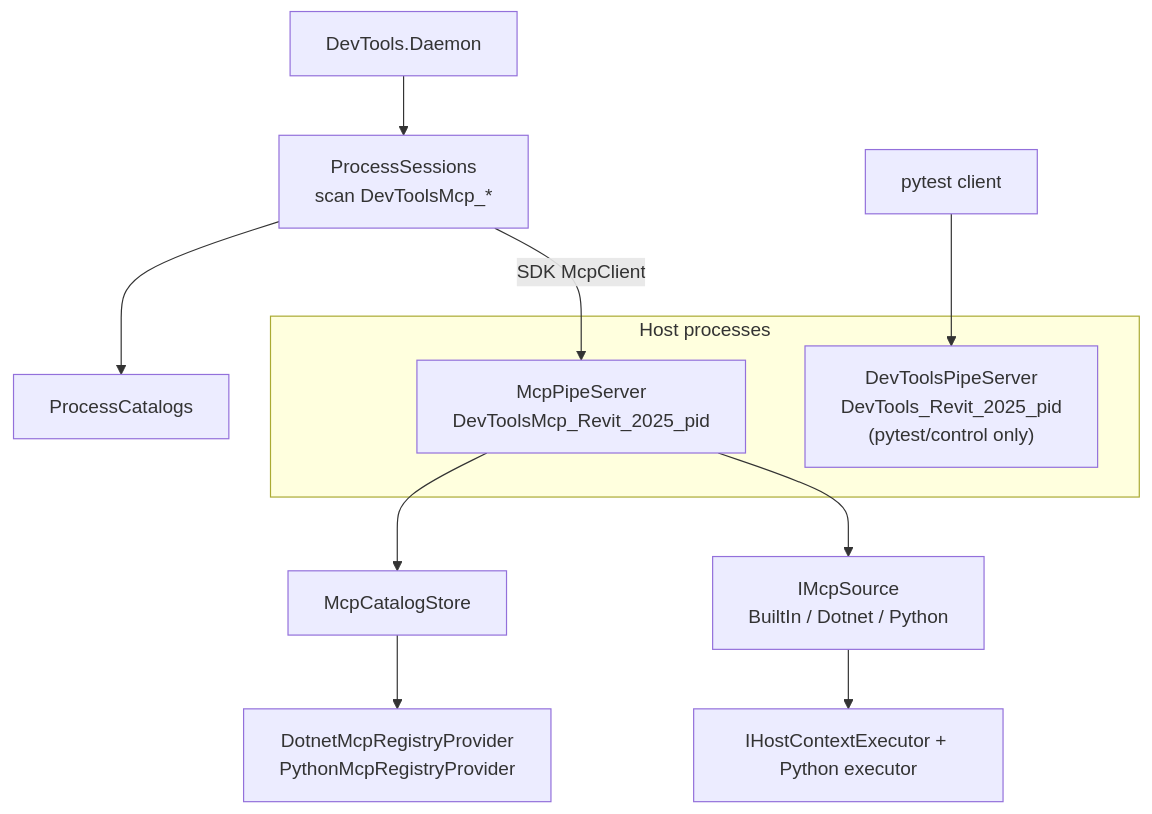
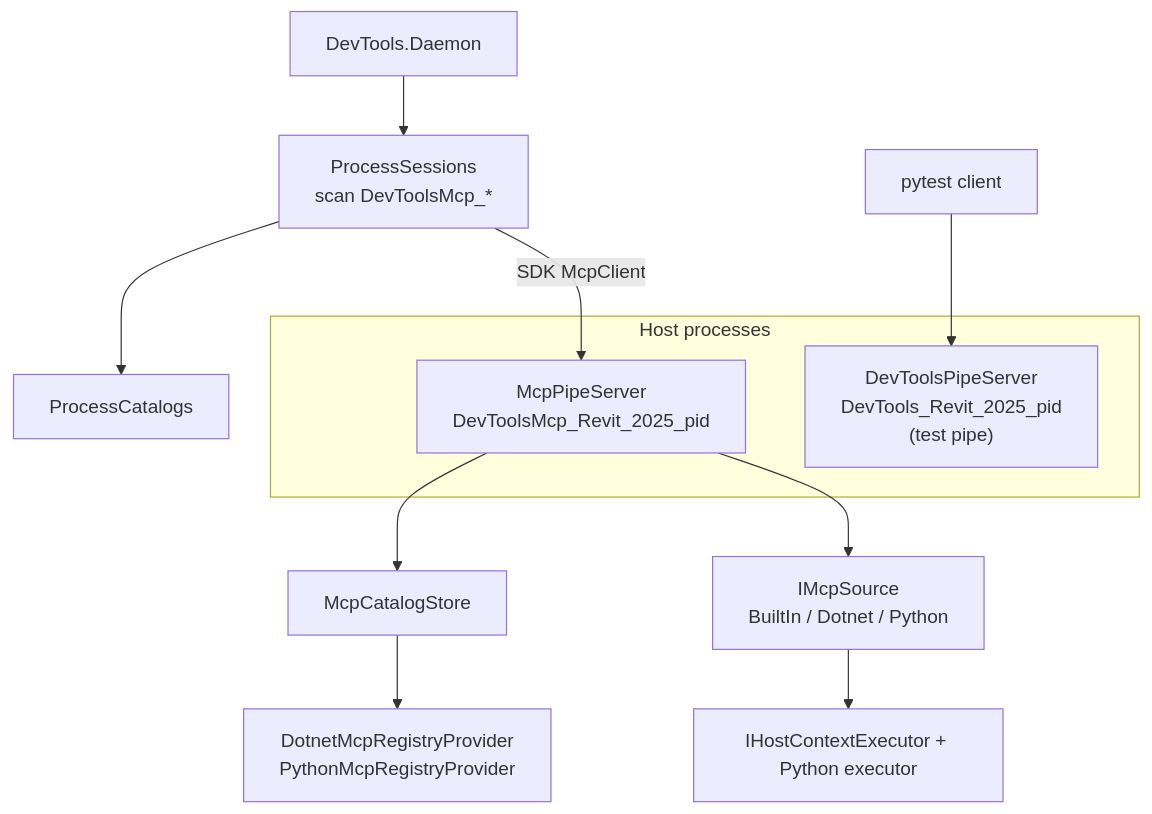
The first of 2 diagrams in docs/architecture/MCP/in-host-runtime.md (trgiangv/RevitDevTool), drawn with Mermaid before and after one commit. The commit also changed other lines of this file and 30 other files, not shown here.

First line of the commit message:
update(ipc): share pipe setup and send only control/sign_in

````diff
--- a/docs/architecture/MCP/in-host-runtime.md
+++ b/docs/architecture/MCP/in-host-runtime.md
@@ -8,25 +8,25 @@
 ```mermaid
 flowchart TB
     Daemon["DevTools.Daemon"]
     Sessions["ProcessSessions<br/>scan DevToolsMcp_*"]
     Catalog["ProcessCatalogs"]
 
     subgraph hosts["Host processes"]
         McpPipe["McpPipeServer<br/>DevToolsMcp_Revit_2025_pid"]
-        PytestPipe["DevToolsPipeServer<br/>DevTools_Revit_2025_pid<br/>(pytest/control only)"]
+        PytestPipe["DevToolsPipeServer<br/>DevTools_Revit_2025_pid<br/>(test pipe)"]
     end
 
     Registry["McpCatalogStore"]
     Providers["DotnetMcpRegistryProvider<br/>PythonMcpRegistryProvider"]
     Sources["IMcpSource<br/>BuiltIn / Dotnet / Python"]
     Host["IHostContextExecutor + Python executor"]
 
     Daemon --> Sessions
     Sessions --> Catalog
     Sessions -->|"SDK McpClient"| McpPipe
     McpPipe --> Registry
     Registry --> Providers
     McpPipe --> Sources
     Sources --> Host
     Pytest["pytest client"] --> PytestPipe
 ```
````
